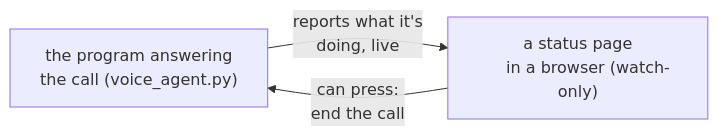
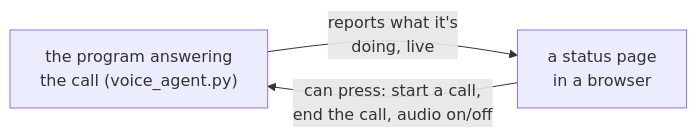
One commit to shahbhavya7/Prompt_Factory changed the sixth of 6 diagrams in docs/VOICE_PIPELINE.md. Above: the diagram before and after it, drawn with Mermaid. The commit also changed other lines of this file and 2 other files, not shown here.

First line of the commit message:
Enhance documentation for voice agent architecture and functionality

````diff
--- a/docs/VOICE_PIPELINE.md
+++ b/docs/VOICE_PIPELINE.md
@@ -233,9 +278,9 @@
 ```mermaid
 flowchart LR
     Agent["the program answering
     the call (voice_agent.py)"] -- "reports what it's
     doing, live" --> Page["a status page
-    in a browser (watch-only)"]
-    Page -- "can press:
-    end the call" --> Agent
+    in a browser"]
+    Page -- "can press: start a call,
+    end the call, audio on/off" --> Agent
 ```
````
